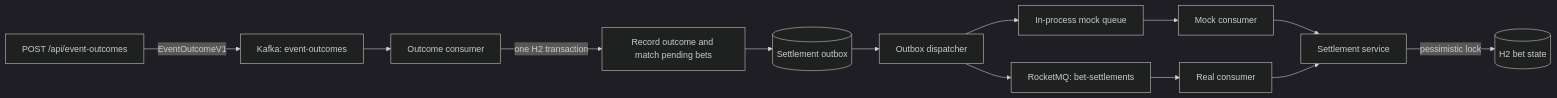
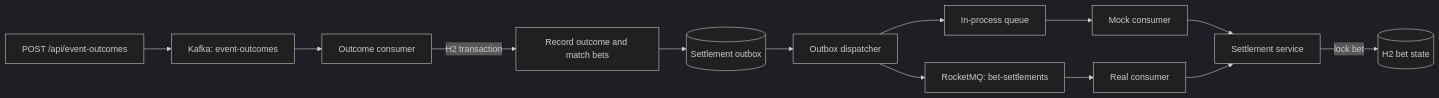
Before and after one commit to grigorecretu88/sporty-betting-settlement: the diagram in README.md, drawn with Mermaid (dark theme). The commit also changed other lines of this file, not shown here.

````diff
--- a/README.md
+++ b/README.md
@@ -100,15 +94,15 @@
 ```mermaid
 flowchart LR
-    API[POST /api/event-outcomes] -->|EventOutcomeV1| Kafka[Kafka: event-outcomes]
+    API[POST /api/event-outcomes] --> Kafka[Kafka: event-outcomes]
     Kafka --> Listener[Outcome consumer]
-    Listener -->|one H2 transaction| Matching[Record outcome and match pending bets]
-    Matching --> Outbox[(Settlement outbox)]
+    Listener -->|H2 transaction| Match[Record outcome and match bets]
+    Match --> Outbox[(Settlement outbox)]
     Outbox --> Dispatcher[Outbox dispatcher]
-    Dispatcher --> Mock[In-process mock queue]
-    Dispatcher --> Real[RocketMQ: bet-settlements]
+    Dispatcher --> Mock[In-process queue]
+    Dispatcher --> Rocket[RocketMQ: bet-settlements]
     Mock --> MockConsumer[Mock consumer]
-    Real --> RealConsumer[Real consumer]
+    Rocket --> RealConsumer[Real consumer]
     MockConsumer --> Settlement[Settlement service]
     RealConsumer --> Settlement
-    Settlement -->|pessimistic lock| Bets[(H2 bet state)]
+    Settlement -->|lock bet| Bets[(H2 bet state)]
 ```
````
